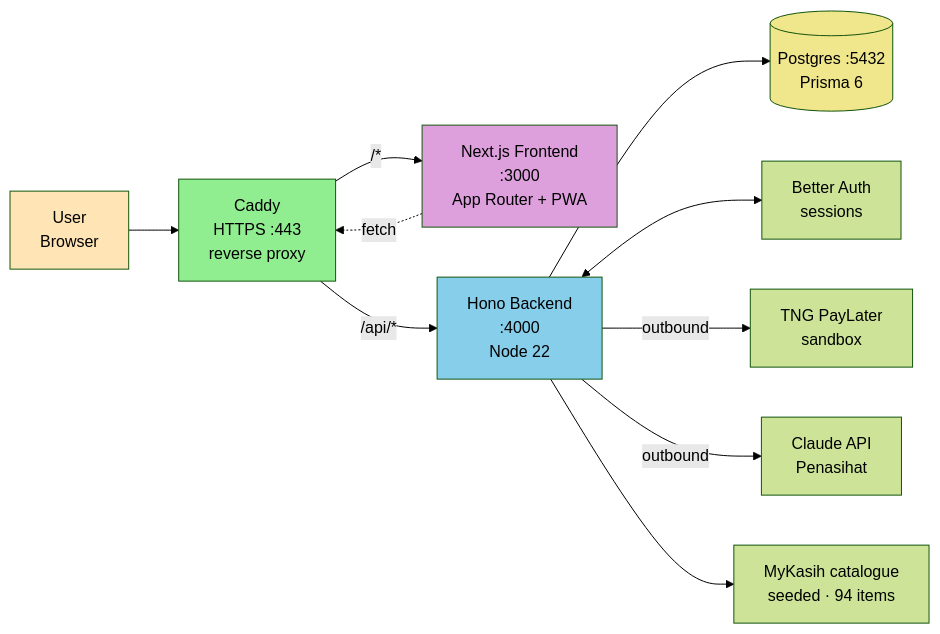
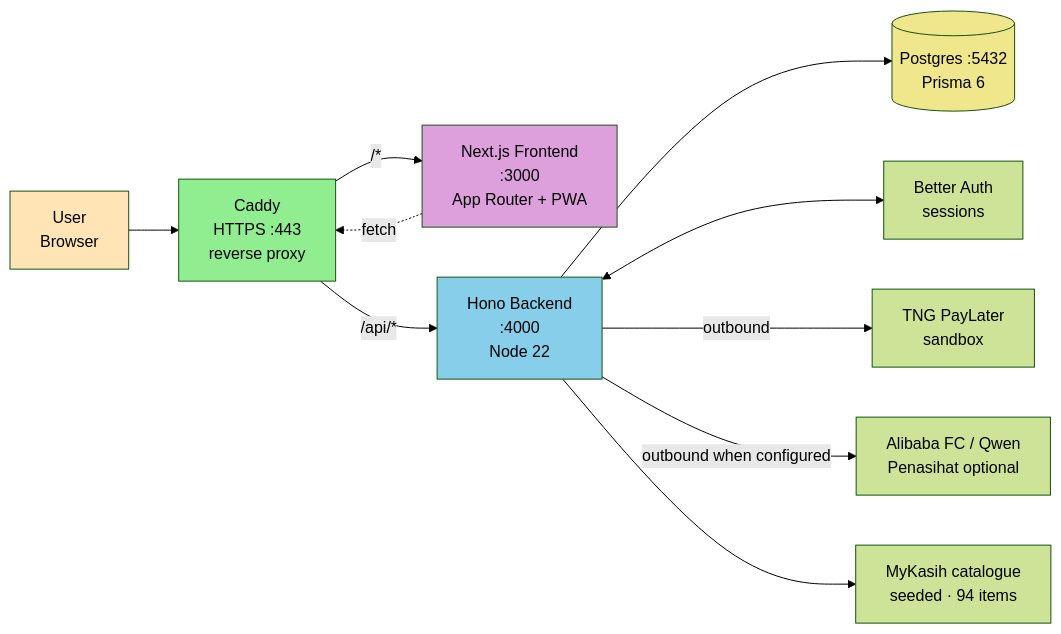
One commit to Zen0space/R2-D2-Finhack changed the fifth of 10 diagrams in docs/product/PRD-flow.md. Above: the diagram before and after it, drawn with Mermaid (forest theme). The commit also changed other lines of this file and 23 other files, not shown here.

````diff
--- a/docs/product/PRD-flow.md
+++ b/docs/product/PRD-flow.md
@@ -199,28 +199,28 @@
 ```mermaid
 flowchart LR
     Browser["User<br/>Browser"]
     Caddy["Caddy<br/>HTTPS :443<br/>reverse proxy"]
     Frontend["Next.js Frontend<br/>:3000<br/>App Router + PWA"]
     Backend["Hono Backend<br/>:4000<br/>Node 22"]
     Postgres[("Postgres :5432<br/>Prisma 6")]
     Auth[Better Auth<br/>sessions]
     TNG["TNG PayLater<br/>sandbox"]
-    Claude["Claude API<br/>Penasihat"]
+    AI["Alibaba FC / Qwen<br/>Penasihat optional"]
     Cat["MyKasih catalogue<br/>seeded · 94 items"]
 
     Browser --> Caddy
     Caddy -->|/*| Frontend
     Caddy -->|/api/*| Backend
     Frontend -.->|fetch| Caddy
     Backend --> Postgres
     Backend <--> Auth
     Backend -->|outbound| TNG
-    Backend -->|outbound| Claude
+    Backend -->|outbound when configured| AI
     Backend --> Cat
 
     style Browser fill:#ffe4b5
     style Caddy fill:#90ee90
     style Backend fill:#87ceeb
     style Frontend fill:#dda0dd
     style Postgres fill:#f0e68c
 ```
````
